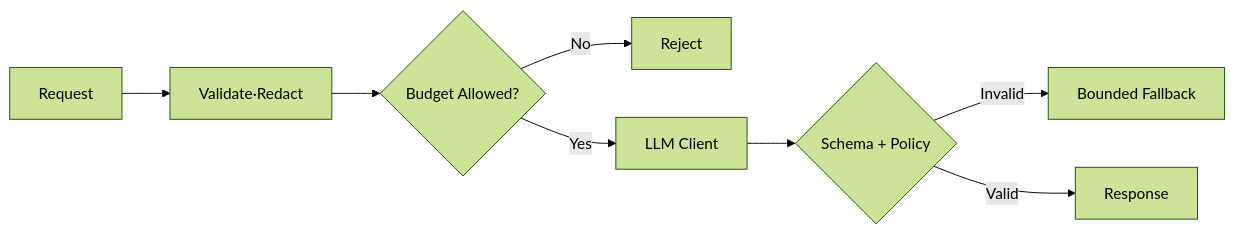
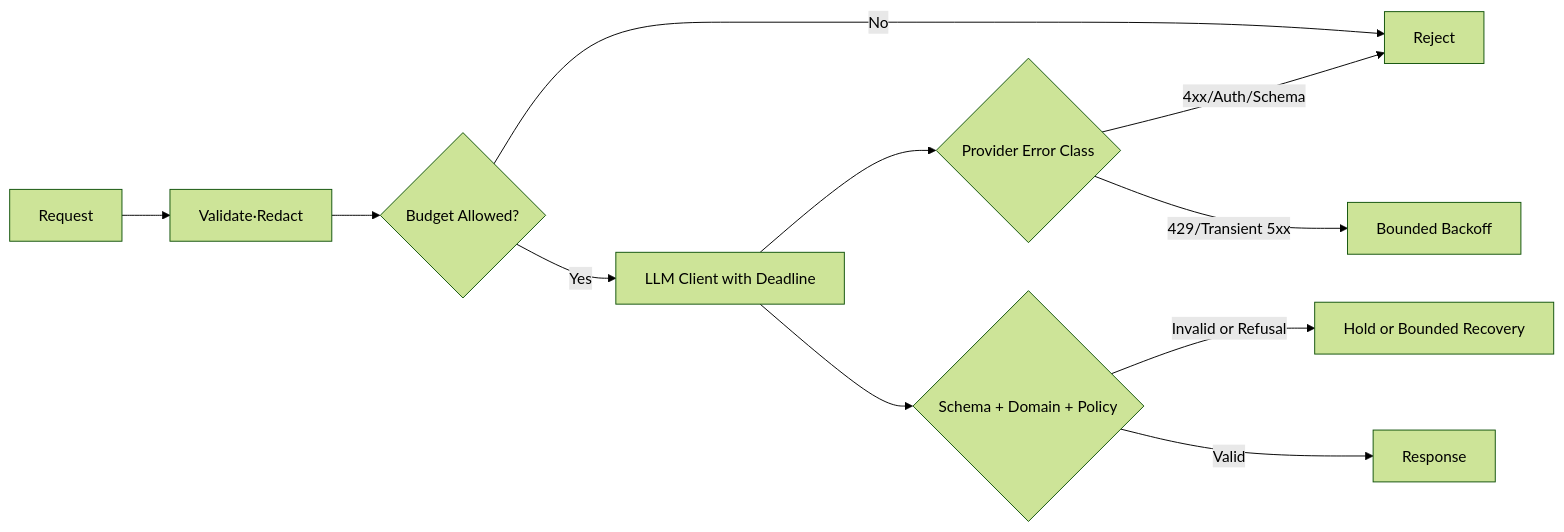
One commit to hyeongseoblim/systemdesign changed the diagram in apps/api/src/main/resources/content/ai-15-llm-integration-code-review.md. Above: the diagram before and after it, drawn with Mermaid (forest theme). The commit also changed other lines of this file and 96 other files, not shown here.

````diff
--- a/apps/api/src/main/resources/content/ai-15-llm-integration-code-review.md
+++ b/apps/api/src/main/resources/content/ai-15-llm-integration-code-review.md
@@ -24,10 +24,13 @@
 ```mermaid
 flowchart LR
     A[Request] --> V[Validate·Redact]
     V --> B{Budget Allowed?}
     B -->|No| X[Reject]
-    B -->|Yes| C[LLM Client]
-    C --> S{Schema + Policy}
-    S -->|Invalid| F[Bounded Fallback]
+    B -->|Yes| C[LLM Client with Deadline]
+    C --> E{Provider Error Class}
+    E -->|429/Transient 5xx| R[Bounded Backoff]
+    E -->|4xx/Auth/Schema| X
+    C --> S{Schema + Domain + Policy}
+    S -->|Invalid or Refusal| F[Hold or Bounded Recovery]
     S -->|Valid| O[Response]
 ```
````
